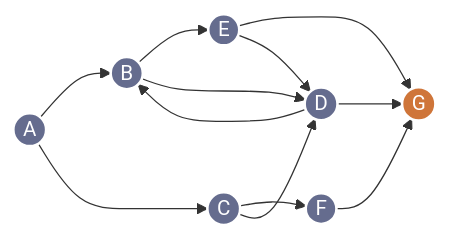
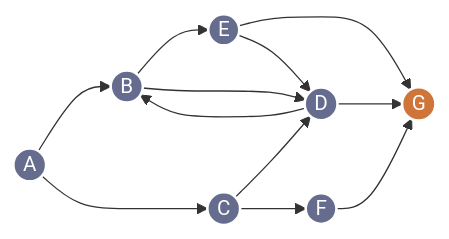
One commit to youan998/data_structure changed the diagram in homework/test1.md. Above: the diagram before and after it, drawn with Mermaid. The commit also changed 13 other files, not shown here.

````diff
--- a/homework/test1.md
+++ b/homework/test1.md
@@ -1,25 +1,34 @@
 ``` mermaid
 graph LR
-    %% 1. 上层主干路径
-    A((A)) --> B((B))
-    B --> E((E))
-    E --> G((G))
+    %% 1. 预先声明所有节点，锁死上下层级关系
+    A((A))
+    B((B))
+    C((C))
+    E((E))
+    D((D))
+    F((F))
+    G((G))
+
+    %% 2. 边缘连线声明
+    A --> B
+    A --> C
     
-    %% 2. 下层主干路径
-    A --> C((C))
-    C --> F((F))
-    F --> G((G))
+    B --> E
+    B --> D
+    D --> B  
     
-    %% 3. 核心节点 D 的汇聚与发散
-    B --> D((D))
     C --> D
+    C --> F
+    
+    %% 【核心修复】先声明 E->G 的长跨度线，再声明 E->D 的短线
+    E --> G
     E --> D
+    
     D --> G
-    
-    %% 4. 回环连线（逆向）
-    D --> B
+    F --> G
 
+    %% 3. 样式渲染
     classDef default fill:#656c8e, stroke:#fff, stroke-width:2px, color:#fff;
     classDef orange fill:#cf7539, stroke:#fff, stroke-width:2px, color:#fff;
     class G orange;
 ```
````
